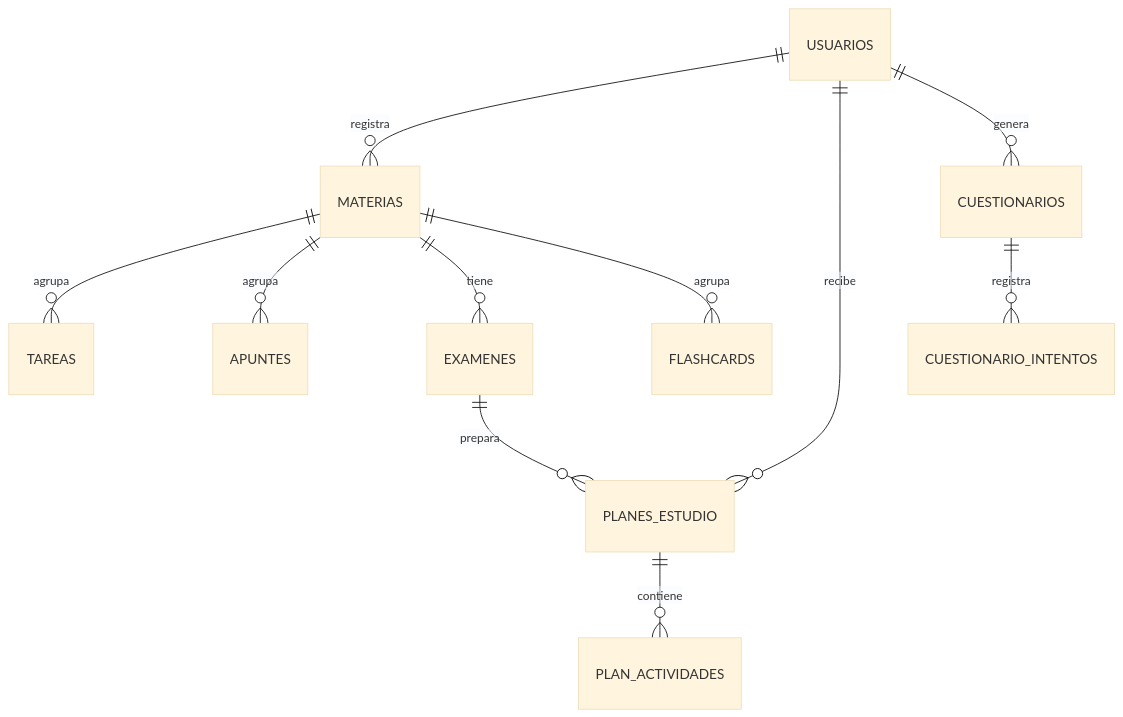
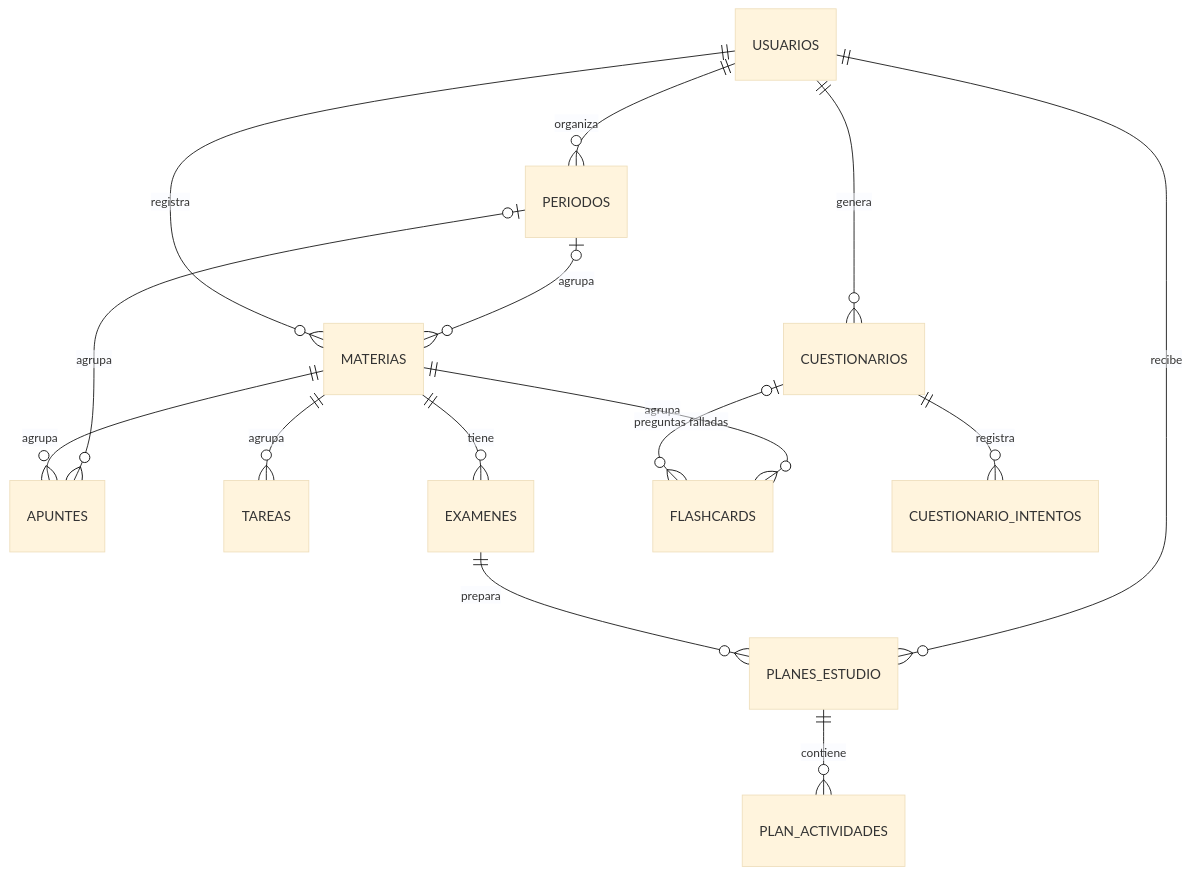
Before and after one commit to jaquelinerodas/EduPlan: the diagram in README.md, drawn with Mermaid (base theme). The commit also changed other lines of this file, not shown here.

````diff
--- a/README.md
+++ b/README.md
@@ -90,13 +91,17 @@
 ```mermaid
 erDiagram
+    USUARIOS ||--o{ PERIODOS : organiza
+    PERIODOS |o--o{ MATERIAS : agrupa
+    PERIODOS |o--o{ APUNTES : agrupa
     USUARIOS ||--o{ MATERIAS : registra
     MATERIAS ||--o{ TAREAS : agrupa
     MATERIAS ||--o{ APUNTES : agrupa
     MATERIAS ||--o{ EXAMENES : tiene
     MATERIAS ||--o{ FLASHCARDS : agrupa
     USUARIOS ||--o{ PLANES_ESTUDIO : recibe
     PLANES_ESTUDIO ||--o{ PLAN_ACTIVIDADES : contiene
     EXAMENES ||--o{ PLANES_ESTUDIO : prepara
     USUARIOS ||--o{ CUESTIONARIOS : genera
     CUESTIONARIOS ||--o{ CUESTIONARIO_INTENTOS : registra
+    CUESTIONARIOS |o--o{ FLASHCARDS : "preguntas falladas"
 ```
````
